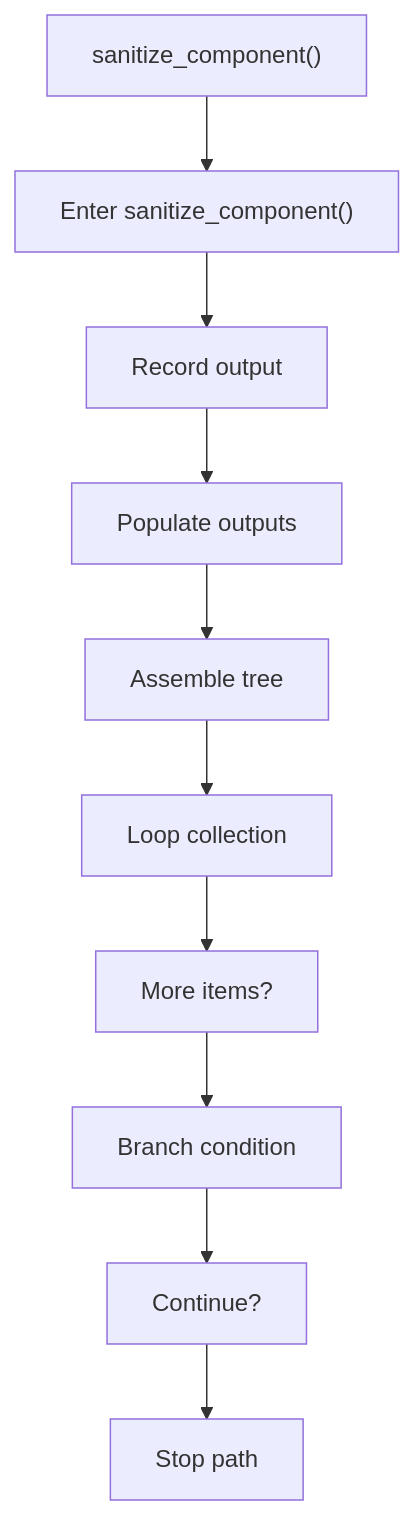
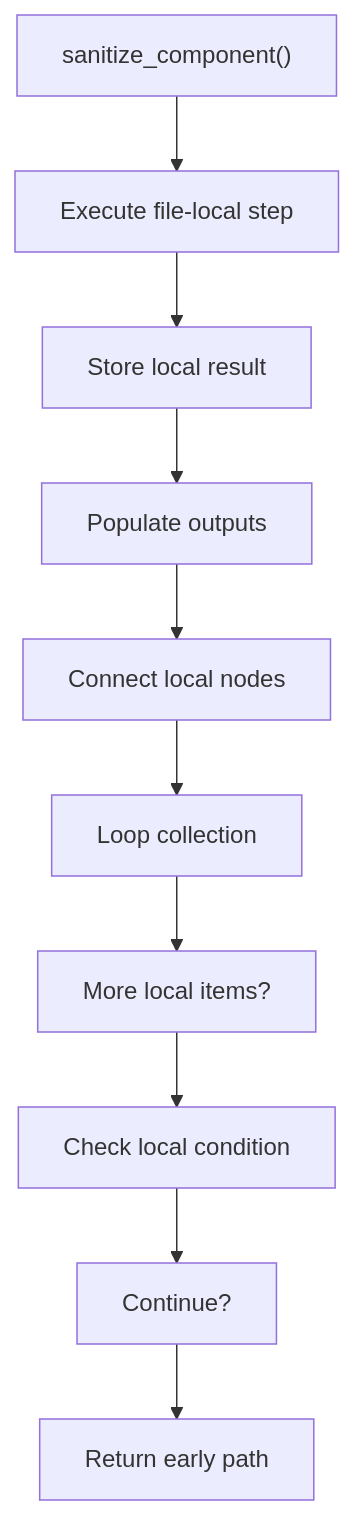
One commit to JohnAndrewBalbarosa/NeoTerritory changed the seventh of 10 diagrams in docs/Codebase/Microservice/Modules/Source/OutputGeneration/Render/codebase_output_writer.cpp.md. Above: the diagram before and after it, drawn with Mermaid. The commit also changed other lines of this file and 915 other files, not shown here.

````diff
--- a/docs/Codebase/Microservice/Modules/Source/OutputGeneration/Render/codebase_output_writer.cpp.md
+++ b/docs/Codebase/Microservice/Modules/Source/OutputGeneration/Render/codebase_output_writer.cpp.md
@@ -232,22 +231,22 @@
 ```mermaid
 flowchart TD
     N0["sanitize_component()"]
-    N1["Enter sanitize_component()"]
-    N2["Record output"]
+    N1["Execute file-local step"]
+    N2["Store local result"]
     N3["Populate outputs"]
-    N4["Assemble tree"]
+    N4["Connect local nodes"]
     N5["Loop collection"]
-    N6["More items?"]
-    N7["Branch condition"]
+    N6["More local items?"]
+    N7["Check local condition"]
     N8["Continue?"]
-    N9["Stop path"]
+    N9["Return early path"]
     N0 --> N1
     N1 --> N2
     N2 --> N3
     N3 --> N4
     N4 --> N5
     N5 --> N6
     N6 --> N7
     N7 --> N8
     N8 --> N9
 ```
````
